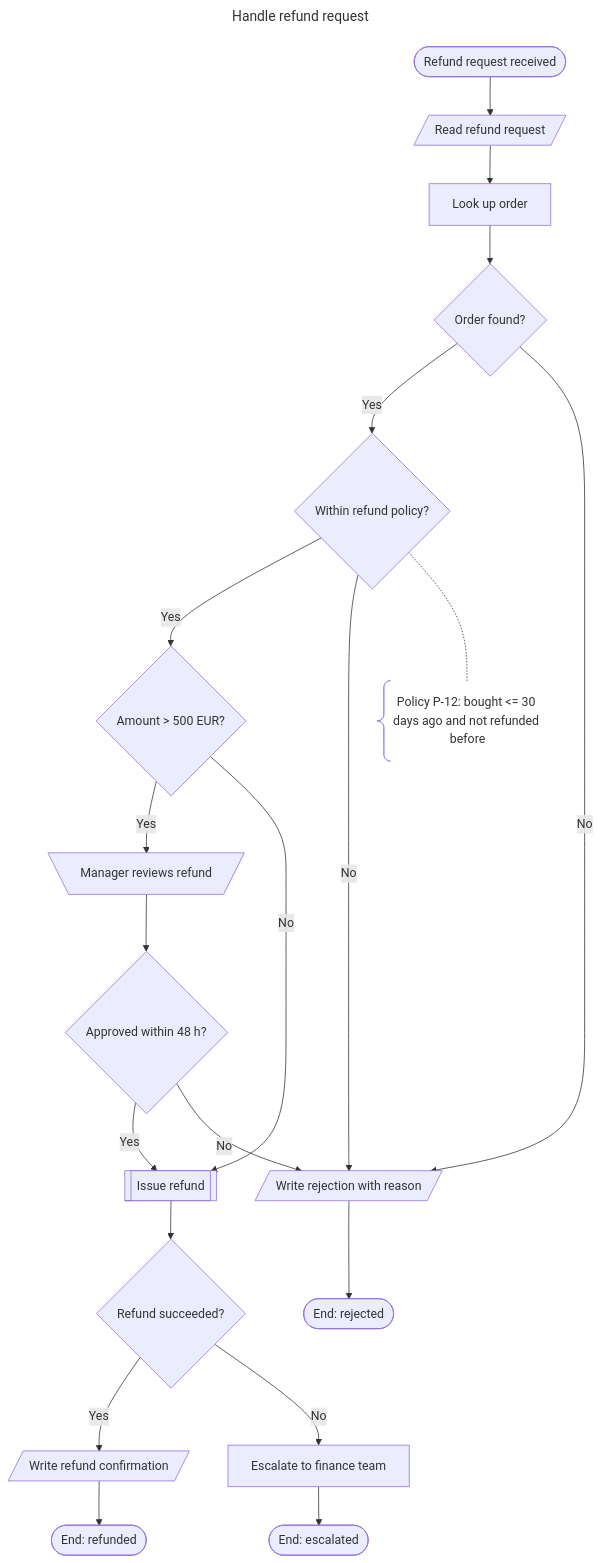
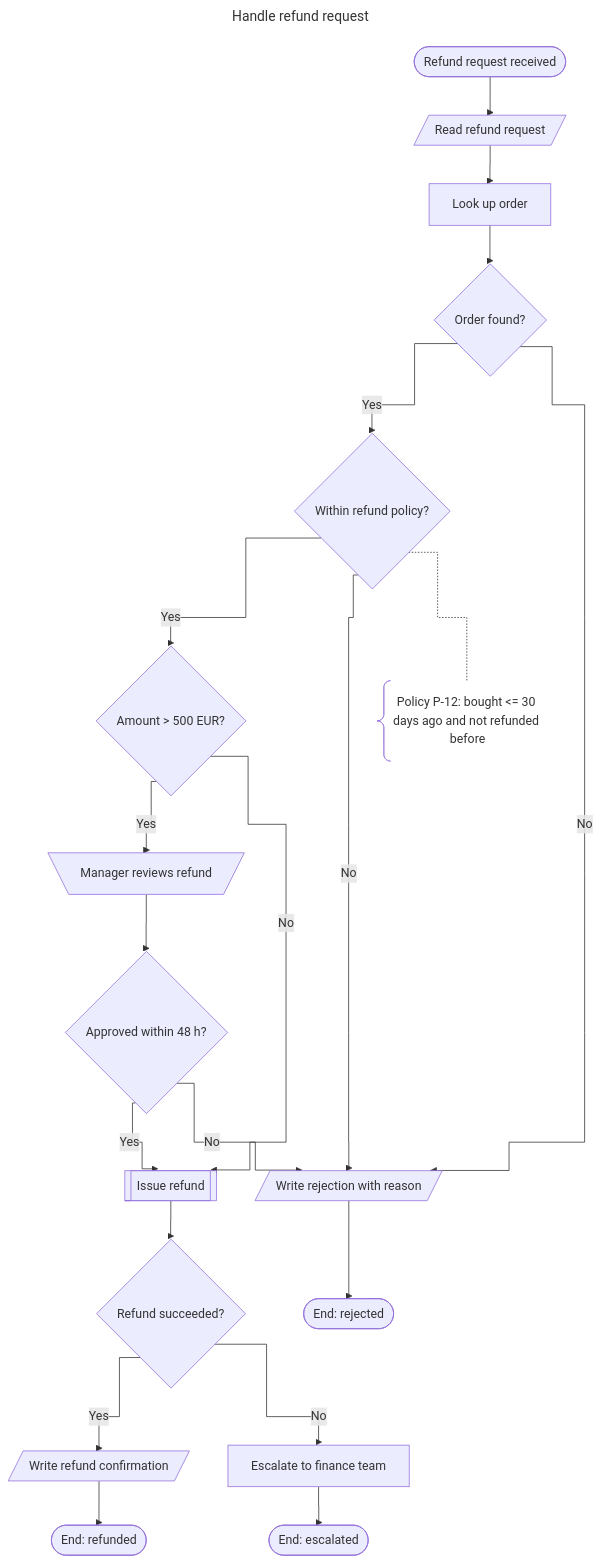
One commit to shivarampb/Flowchart_Skill changed the diagram in docs/ANSI-ISO-5807-Flowchart-Guide.md. Above: the diagram before and after it, drawn with Mermaid. The commit also changed other lines of this file and 9 other files, not shown here.

First line of the commit message:
Index every rule in the skill and route flowlines at right angles

````diff
--- a/docs/ANSI-ISO-5807-Flowchart-Guide.md
+++ b/docs/ANSI-ISO-5807-Flowchart-Guide.md
@@ -591,45 +591,48 @@
 ```mermaid
 ---
 title: "Handle refund request"
+config:
+  flowchart:
+    curve: step
 ---
 flowchart TB
     %% ANSI/ISO 5807:1985 system flowchart (generated by iso5807-flowchart)
     accTitle: Handle refund request
     accDescr: System flowchart drawn with ANSI/ISO 5807:1985 symbols
     start@{ shape: stadium, label: "Refund request received" }
     read_request@{ shape: lean-r, label: "Read refund request" }
     find_order@{ shape: rect, label: "Look up order" }
     order_found@{ shape: diam, label: "Order found?" }
     in_policy@{ shape: diam, label: "Within refund policy?" }
     policy_note@{ shape: brace, label: "Policy P-12: bought #60;= 30 days ago and not refunded before" }
     large@{ shape: diam, label: "Amount #62; 500 EUR?" }
     review@{ shape: trap-t, label: "Manager reviews refund" }
     approved@{ shape: diam, label: "Approved within 48 h?" }
     refund@{ shape: fr-rect, label: "Issue refund" }
     refund_ok@{ shape: diam, label: "Refund succeeded?" }
     escalate@{ shape: rect, label: "Escalate to finance team" }
     write_confirmation@{ shape: lean-r, label: "Write refund confirmation" }
     write_rejection@{ shape: lean-r, label: "Write rejection with reason" }
     n_end_refunded@{ shape: stadium, label: "End: refunded" }
     n_end_rejected@{ shape: stadium, label: "End: rejected" }
     n_end_escalated@{ shape: stadium, label: "End: escalated" }
     start --> read_request
     read_request --> find_order
     find_order --> order_found
     order_found -->|Yes| in_policy
     order_found -->|No| write_rejection
     in_policy -->|Yes| large
     in_policy -->|No| write_rejection
     large -->|Yes| review
     large -->|No| refund
     review --> approved
     approved -->|Yes| refund
     approved -->|No| write_rejection
     refund --> refund_ok
     refund_ok -->|Yes| write_confirmation
     refund_ok -->|No| escalate
     escalate --> n_end_escalated
     write_confirmation --> n_end_refunded
     write_rejection --> n_end_rejected
     in_policy -.- policy_note
 ```
````
